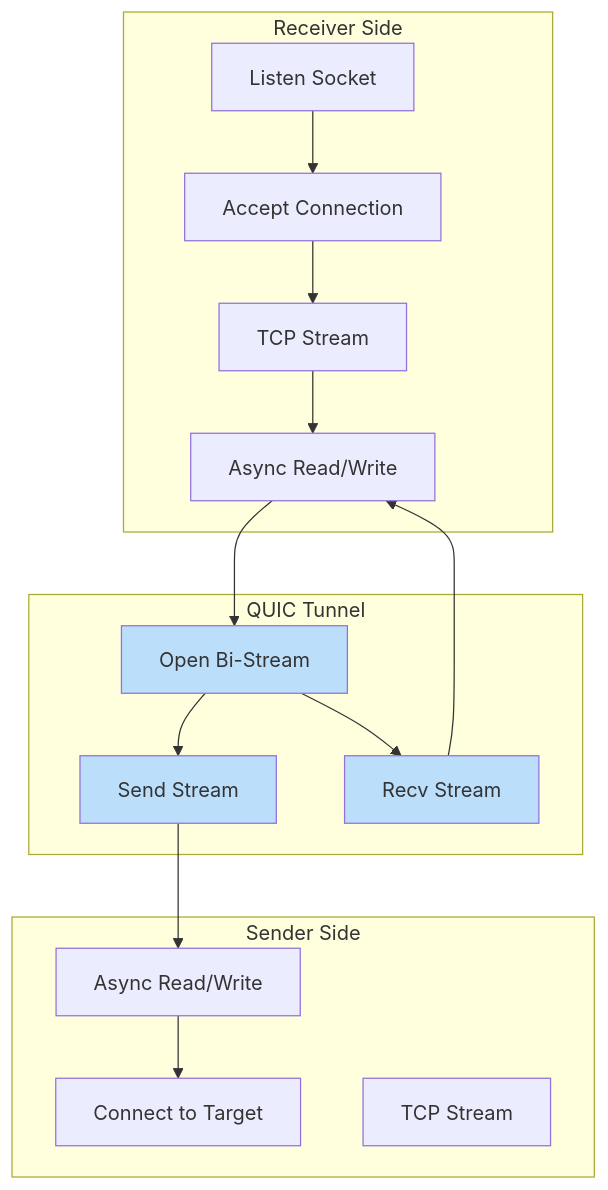
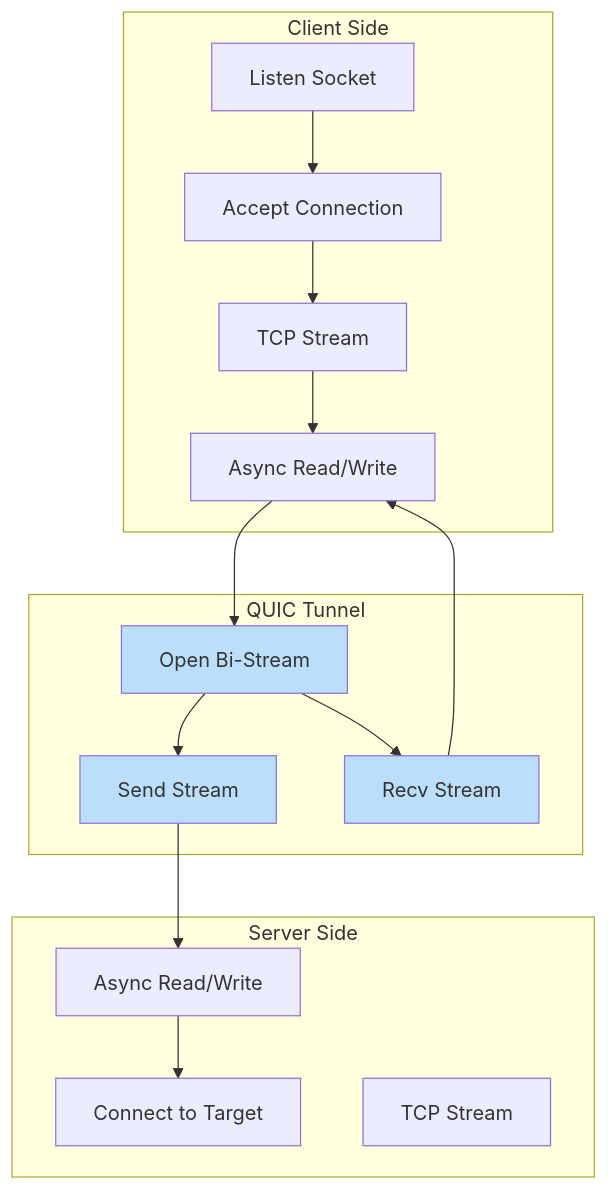
One commit to andrewtheguy/vpn-rs changed diagram 30 of 35 in docs/ARCHITECTURE.md. Above: the diagram before and after it, drawn with Mermaid. The commit also changed other lines of this file, not shown here.

Commit message:
feat: update architecture documentation to reflect server-client terminology and clarify operational modes

````diff
--- a/docs/ARCHITECTURE.md
+++ b/docs/ARCHITECTURE.md
@@ -1250,32 +1250,32 @@
 ```mermaid
 graph TB
-    subgraph "Receiver Side"
+    subgraph "Client Side"
         A[Listen Socket] --> B[Accept Connection]
         B --> C[TCP Stream]
         C --> D[Async Read/Write]
     end
-    
+
     subgraph "QUIC Tunnel"
         E[Open Bi-Stream]
         F[Send Stream]
         G[Recv Stream]
     end
-    
-    subgraph "Sender Side"
+
+    subgraph "Server Side"
         H[Connect to Target]
         I[TCP Stream]
         J[Async Read/Write]
     end
     
     D --> E
     E --> F
     E --> G
     
     F --> J
     G --> D
     J --> H
     
     style E fill:#BBDEFB
     style F fill:#BBDEFB
     style G fill:#BBDEFB
 ```
````
